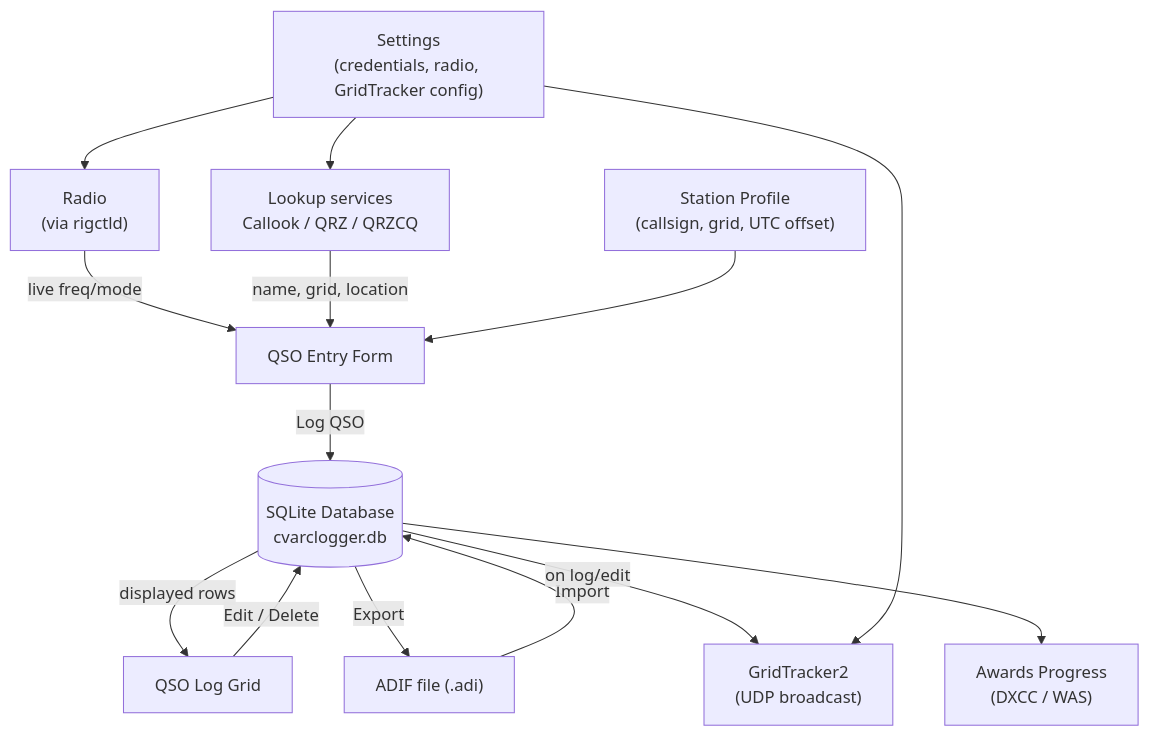
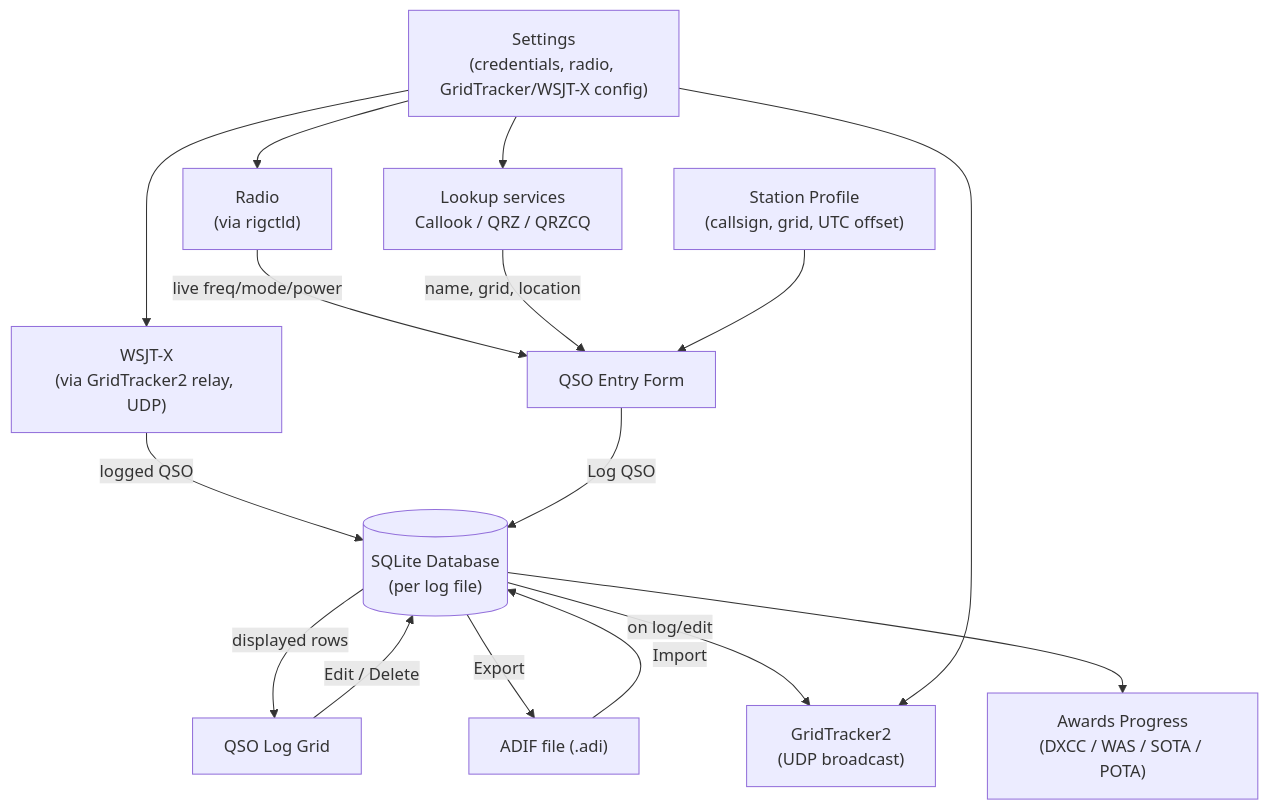
Before and after one commit to csmaslin/cvarclogger: the diagram in Program Overview and Data Flow.md, drawn with Mermaid. The commit also changed other lines of this file and 65 other files, not shown here.

First line of the commit message:
Checkpoint: CvarcCellLog v1.04 - navigation shell, Station Profiles, Lookup, ADIF, SOTA/POTA, and field polish

````diff
--- a/Program Overview and Data Flow.md
+++ b/Program Overview and Data Flow.md
@@ -51,20 +57,22 @@
 ```mermaid
 flowchart TB
-    Radio["Radio<br/>(via rigctld)"] -- "live freq/mode" --> Entry
+    Radio["Radio<br/>(via rigctld)"] -- "live freq/mode/power" --> Entry
     Lookup["Lookup services<br/>Callook / QRZ / QRZCQ"] -- "name, grid, location" --> Entry
     StationProfile["Station Profile<br/>(callsign, grid, UTC offset)"] --> Entry
+    WsjtxRelay["WSJT-X<br/>(via GridTracker2 relay, UDP)"] -- "logged QSO" --> DB
 
-    Entry["QSO Entry Form"] -- "Log QSO" --> DB[("SQLite Database<br/>cvarclogger.db")]
+    Entry["QSO Entry Form"] -- "Log QSO" --> DB[("SQLite Database<br/>(per log file)")]
     DB -- "displayed rows" --> Grid["QSO Log Grid"]
     Grid -- "Edit / Delete" --> DB
 
     AdifFile["ADIF file (.adi)"] -- "Import" --> DB
     DB -- "Export" --> AdifFile
 
     DB -- "on log/edit" --> GridTracker["GridTracker2<br/>(UDP broadcast)"]
-    DB --> Awards["Awards Progress<br/>(DXCC / WAS)"]
+    DB --> Awards["Awards Progress<br/>(DXCC / WAS / SOTA / POTA)"]
 
-    Settings["Settings<br/>(credentials, radio, GridTracker config)"] --> Lookup
+    Settings["Settings<br/>(credentials, radio, GridTracker/WSJT-X config)"] --> Lookup
     Settings --> Radio
     Settings --> GridTracker
+    Settings --> WsjtxRelay
 ```
````
